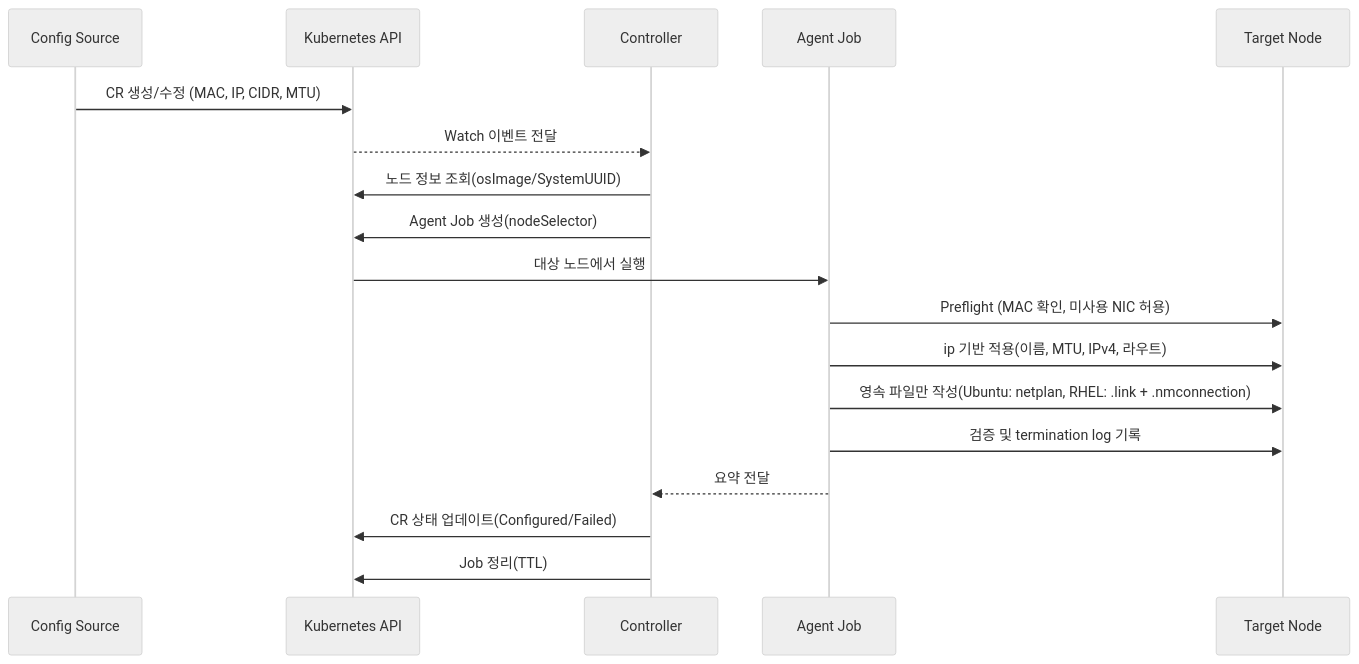
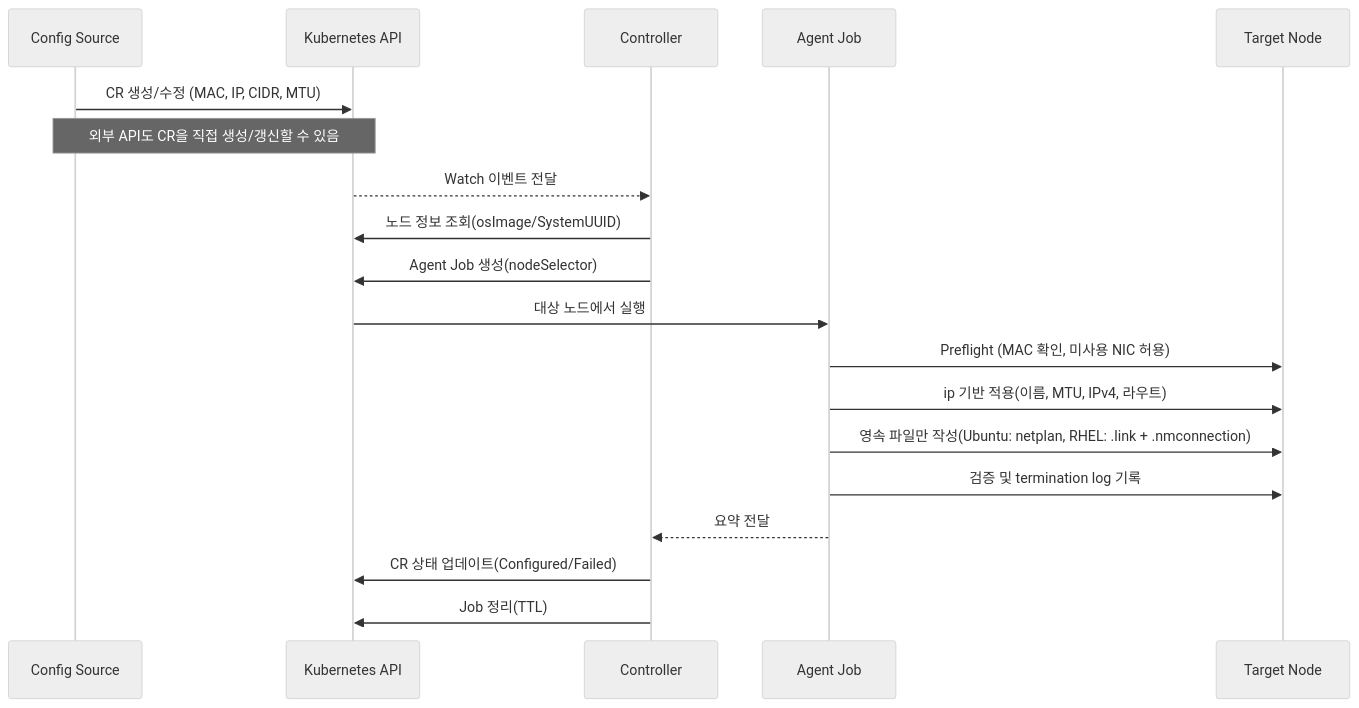
The second of 2 diagrams in README.md (Minzino/multi-network-interface-agent), drawn with Mermaid (neutral theme) before and after one commit. The commit also changed other lines of this file, not shown here.

First line of the commit message:
docs(readme): add External API node in architecture and Korean explanation

````diff
--- a/README.md
+++ b/README.md
@@ -72,23 +74,24 @@
 ```mermaid
 sequenceDiagram
     participant 운영 as Config Source
     participant API as Kubernetes API
     participant 컨트롤러 as Controller
     participant 잡 as Agent Job
     participant 노드 as Target Node
 
     운영->>API: CR 생성/수정 (MAC, IP, CIDR, MTU)
+    note over 운영,API: 외부 API도 CR을 직접 생성/갱신할 수 있음
     API-->>컨트롤러: Watch 이벤트 전달
     컨트롤러->>API: 노드 정보 조회(osImage/SystemUUID)
     컨트롤러->>API: Agent Job 생성(nodeSelector)
 
     API->>잡: 대상 노드에서 실행
     잡->>노드: Preflight (MAC 확인, 미사용 NIC 허용)
     잡->>노드: ip 기반 적용(이름, MTU, IPv4, 라우트)
     잡->>노드: 영속 파일만 작성(Ubuntu: netplan, RHEL: .link + .nmconnection)
     잡->>노드: 검증 및 termination log 기록
 
     잡-->>컨트롤러: 요약 전달
     컨트롤러->>API: CR 상태 업데이트(Configured/Failed)
     컨트롤러->>API: Job 정리(TTL)
 ```
````
